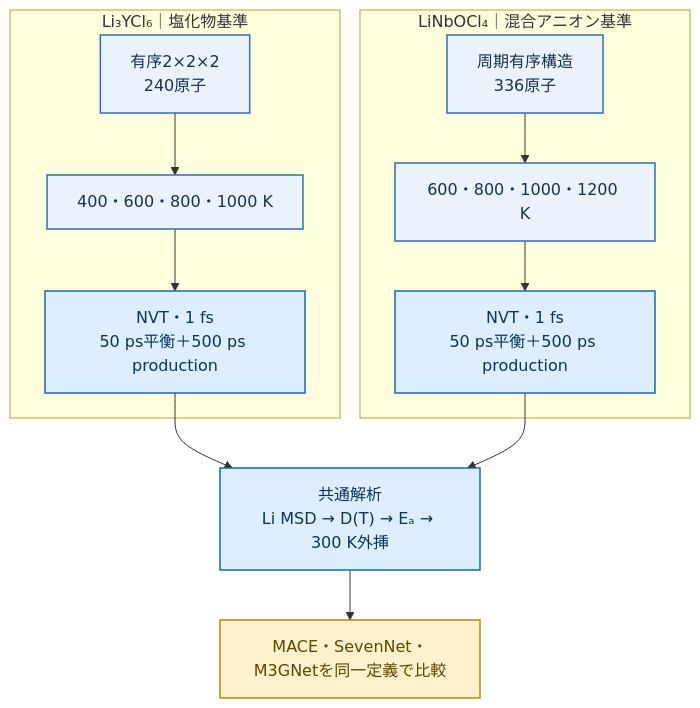
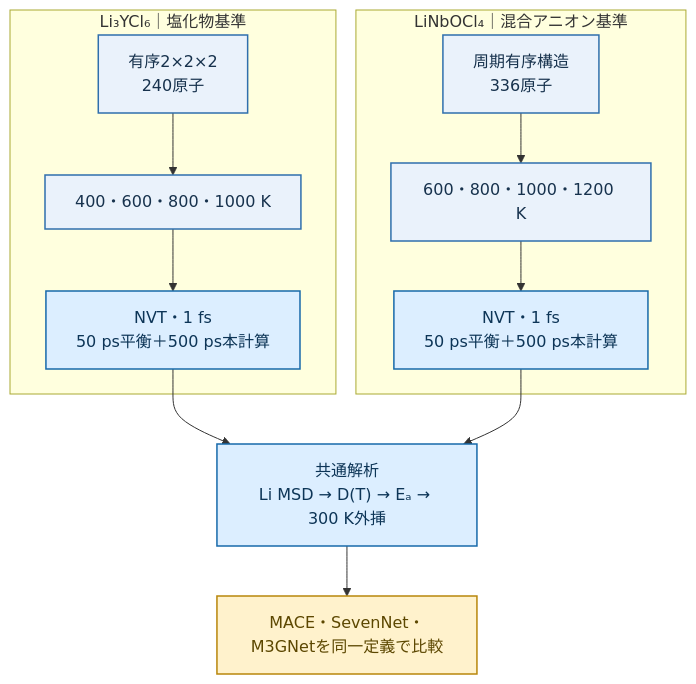
One commit to Long-Brian-Yang/li-research changed the second of 9 diagrams in docs/presentations/pretrained_potential_screening_proposal_7min_ja.md. Above: the diagram before and after it, drawn with Mermaid. The commit also changed other lines of this file, not shown here.

````diff
--- a/docs/presentations/pretrained_potential_screening_proposal_7min_ja.md
+++ b/docs/presentations/pretrained_potential_screening_proposal_7min_ja.md
@@ -141,21 +141,21 @@
 ```mermaid
 flowchart TB
     subgraph LYC["Li₃YCl₆｜塩化物基準"]
         A1["有序2×2×2<br/>240原子"] --> A2["400・600・800・1000 K"]
-        A2 --> A3["NVT・1 fs<br/>50 ps平衡＋500 ps production"]
+        A2 --> A3["NVT・1 fs<br/>50 ps平衡＋500 ps本計算"]
     end
     subgraph LNO["LiNbOCl₄｜混合アニオン基準"]
         B1["周期有序構造<br/>336原子"] --> B2["600・800・1000・1200 K"]
-        B2 --> B3["NVT・1 fs<br/>50 ps平衡＋500 ps production"]
+        B2 --> B3["NVT・1 fs<br/>50 ps平衡＋500 ps本計算"]
     end
     A3 --> C["共通解析<br/>Li MSD → D(T) → Eₐ → 300 K外挿"]
     B3 --> C
     C --> D["MACE・SevenNet・M3GNetを同一定義で比較"]
 
     classDef input fill:#eaf2fb,stroke:#2f6fad,color:#17324d,stroke-width:1.5px;
     classDef calc fill:#dceeff,stroke:#1769aa,color:#0d3557,stroke-width:1.5px;
     classDef decision fill:#fff2cc,stroke:#b8860b,color:#5c4700,stroke-width:1.5px;
     class A1,A2,B1,B2 input;
     class A3,B3,C calc;
     class D decision;
 ```
````
